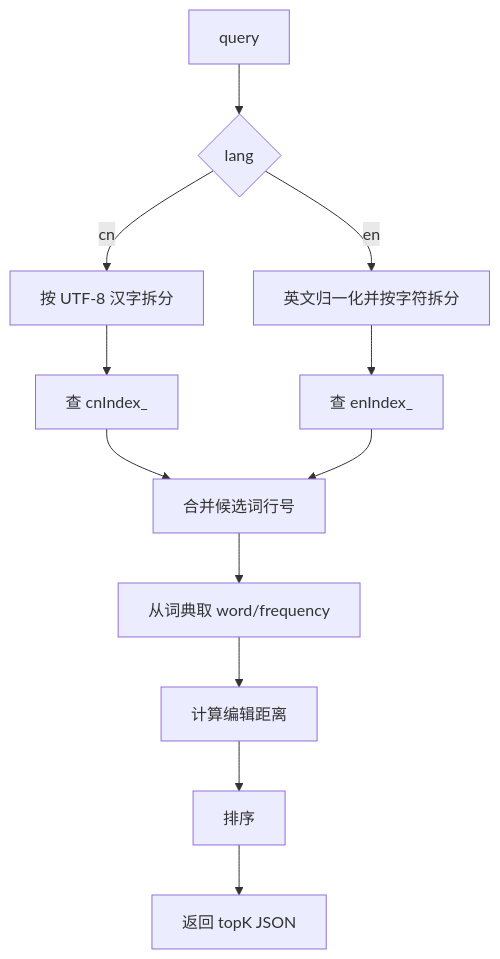
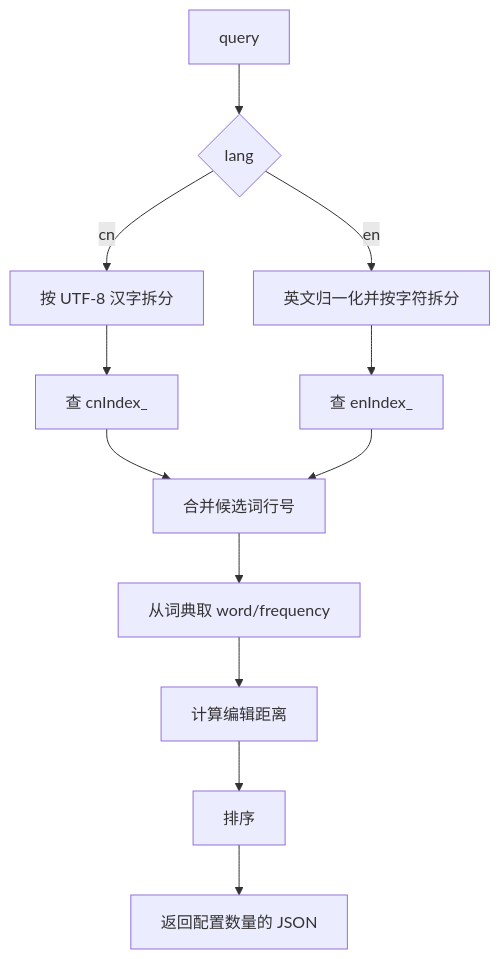
The seventh of 10 diagrams in 课件/07_搜索引擎项目/02_SearchEngine_V2/README.md (dijk4tra/Cpp_Advanced), drawn with Mermaid before and after one commit. The commit also changed other lines of this file and 30 other files, not shown here.

````diff
--- a/课件/07_搜索引擎项目/02_SearchEngine_V2/README.md
+++ b/课件/07_搜索引擎项目/02_SearchEngine_V2/README.md
@@ -602,14 +602,14 @@
 ```mermaid
 flowchart TD
     A[query] --> B{lang}
     B -->|cn| C[按 UTF-8 汉字拆分]
     B -->|en| D[英文归一化并按字符拆分]
     C --> E[查 cnIndex_]
     D --> F[查 enIndex_]
     E --> G[合并候选词行号]
     F --> G
     G --> H[从词典取 word/frequency]
     H --> I[计算编辑距离]
     I --> J[排序]
-    J --> K[返回 topK JSON]
+    J --> K[返回配置数量的 JSON]
 ```
````
